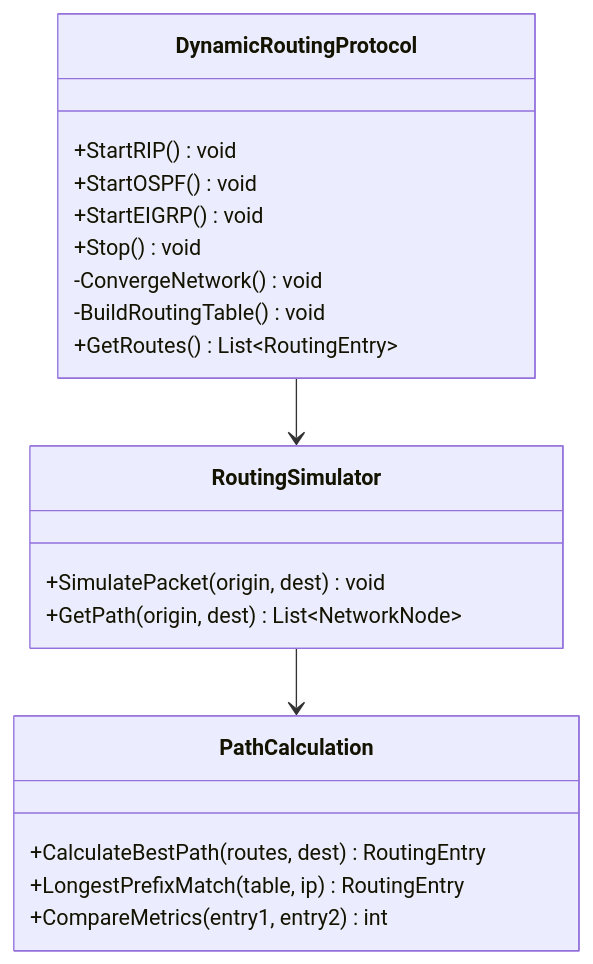
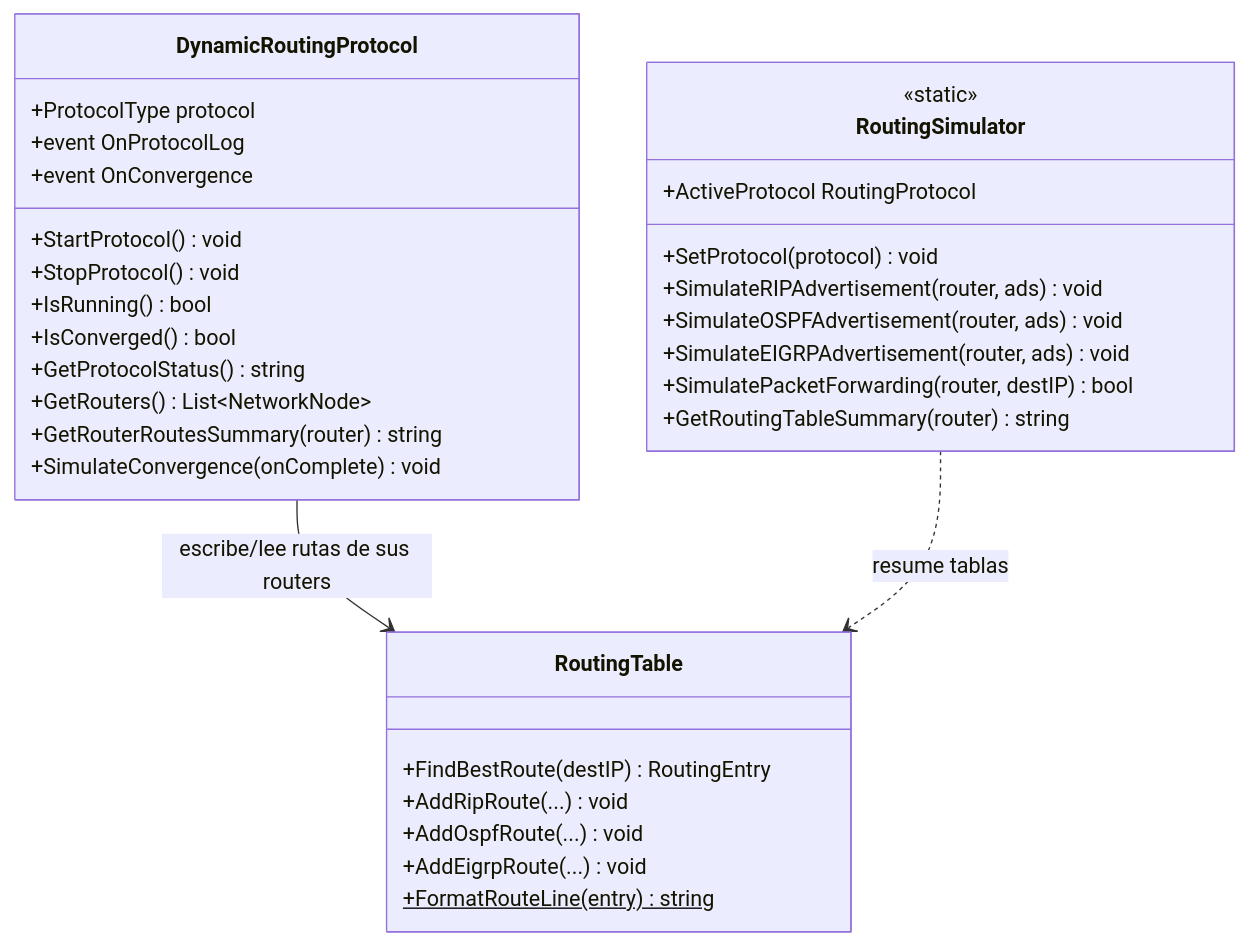
The third of 4 diagrams in docs/diagrams/mermaid/04-class-simulation.md (Josmarinr/ProyectoGI_SimuladorRedesIDEUM), drawn with Mermaid before and after one commit. The commit also changed other lines of this file and 28 other files, not shown here.

````diff
--- a/docs/diagrams/mermaid/04-class-simulation.md
+++ b/docs/diagrams/mermaid/04-class-simulation.md
@@ -112,26 +172,38 @@
 ```mermaid
 classDiagram
     class DynamicRoutingProtocol {
-        +StartRIP() void
-        +StartOSPF() void
-        +StartEIGRP() void
-        +Stop() void
-        -ConvergeNetwork() void
-        -BuildRoutingTable() void
-        +GetRoutes() List~RoutingEntry~
+        +ProtocolType protocol
+        +event OnProtocolLog
+        +event OnConvergence
+        +StartProtocol() void
+        +StopProtocol() void
+        +IsRunning() bool
+        +IsConverged() bool
+        +GetProtocolStatus() string
+        +GetRouters() List~NetworkNode~
+        +GetRouterRoutesSummary(router) string
+        +SimulateConvergence(onComplete) void
     }
 
     class RoutingSimulator {
-        +SimulatePacket(origin, dest) void
-        +GetPath(origin, dest) List~NetworkNode~
+        <<static>>
+        +ActiveProtocol RoutingProtocol
+        +SetProtocol(protocol) void
+        +SimulateRIPAdvertisement(router, ads) void
+        +SimulateOSPFAdvertisement(router, ads) void
+        +SimulateEIGRPAdvertisement(router, ads) void
+        +SimulatePacketForwarding(router, destIP) bool
+        +GetRoutingTableSummary(router) string
     }
 
-    class PathCalculation {
-        +CalculateBestPath(routes, dest) RoutingEntry
-        +LongestPrefixMatch(table, ip) RoutingEntry
-        +CompareMetrics(entry1, entry2) int
+    class RoutingTable {
+        +FindBestRoute(destIP) RoutingEntry
+        +AddRipRoute(...) void
+        +AddOspfRoute(...) void
+        +AddEigrpRoute(...) void
+        +FormatRouteLine(entry) string$
     }
 
-    DynamicRoutingProtocol --> RoutingSimulator
-    RoutingSimulator --> PathCalculation
+    DynamicRoutingProtocol --> RoutingTable : escribe/lee rutas de sus routers
+    RoutingSimulator ..> RoutingTable : resume tablas
 ```
````
